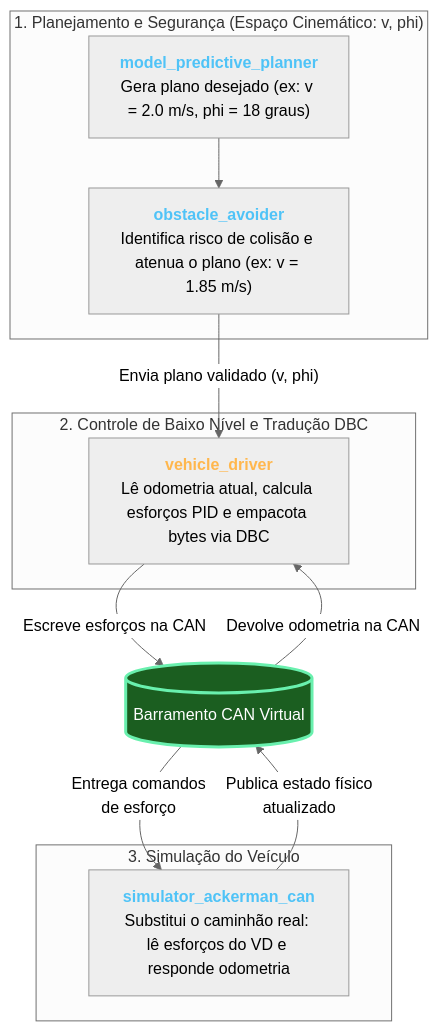
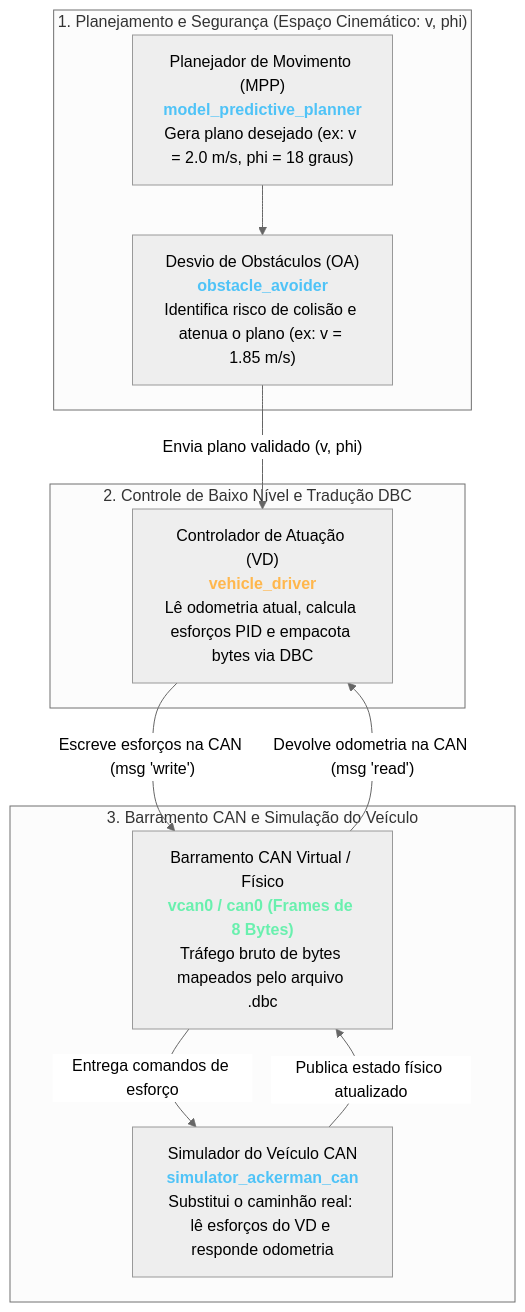
One commit to BrenoCSilva/lume changed the first of 2 diagrams in simulator_ackerman/docs/01_arquitetura_e_fluxo_geral.md. Above: the diagram before and after it, drawn with Mermaid (neutral theme). The commit also changed other lines of this file, not shown here.

````diff
--- a/simulator_ackerman/docs/01_arquitetura_e_fluxo_geral.md
+++ b/simulator_ackerman/docs/01_arquitetura_e_fluxo_geral.md
@@ -7,26 +7,22 @@
 ```mermaid
 flowchart TD
     subgraph AltoNivel ["1. Planejamento e Segurança (Espaço Cinemático: v, phi)"]
-        MPP["<b style='color:#4fc3f7'>model_predictive_planner</b><br/>Gera plano desejado (ex: v = 2.0 m/s, phi = 18 graus)"]
-        MPP --> OA["<b style='color:#4fc3f7'>obstacle_avoider</b><br/>Identifica risco de colisão e atenua o plano (ex: v = 1.85 m/s)"]
+        MPP["Planejador de Movimento (MPP)<br/><b style='color:#4fc3f7'>model_predictive_planner</b><br/>Gera plano desejado (ex: v = 2.0 m/s, phi = 18 graus)"]
+        MPP --> OA["Desvio de Obstáculos (OA)<br/><b style='color:#4fc3f7'>obstacle_avoider</b><br/>Identifica risco de colisão e atenua o plano (ex: v = 1.85 m/s)"]
     end
 
     OA -->|"Envia plano validado (v, phi)"| VD
 
     subgraph Controle ["2. Controle de Baixo Nível e Tradução DBC"]
-        VD["<b style='color:#ffb74d'>vehicle_driver</b><br/>Lê odometria atual, calcula esforços PID e empacota bytes via DBC"]
+        VD["Controlador de Atuação (VD)<br/><b style='color:#ffb74d'>vehicle_driver</b><br/>Lê odometria atual, calcula esforços PID e empacota bytes via DBC"]
     end
 
-    CAN_BUS[("Barramento CAN Virtual")]
+    VD -->|"Escreve esforços na CAN (msg 'write')"| CAN_BUS
+    CAN_BUS -->|"Devolve odometria na CAN (msg 'read')"| VD
 
-    subgraph HardwareOuSim ["3. Simulação do Veículo"]
-        SIM["<b style='color:#4fc3f7'>simulator_ackerman_can</b><br/>Substitui o caminhão real: lê esforços do VD e responde odometria"]
+    subgraph HardwareOuSim ["3. Barramento CAN e Simulação do Veículo"]
+        CAN_BUS["Barramento CAN Virtual / Físico<br/><b style='color:#69f0ae'>vcan0 / can0 (Frames de 8 Bytes)</b><br/>Tráfego bruto de bytes mapeados pelo arquivo .dbc"]
+        CAN_BUS -->|"Entrega comandos de esforço"| SIM["Simulador do Veículo CAN<br/><b style='color:#4fc3f7'>simulator_ackerman_can</b><br/>Substitui o caminhão real: lê esforços do VD e responde odometria"]
+        SIM -->|"Publica estado físico atualizado"| CAN_BUS
     end
-
-    VD -->|"Escreve esforços na CAN<br/>"| CAN_BUS
-    CAN_BUS -->|"Devolve odometria na CAN<br/>"| VD
-    CAN_BUS -->|"Entrega comandos <br/>de esforço<br/>"| SIM
-    SIM -->|"Publica estado físico <br/>atualizado<br/>"| CAN_BUS
-
-    style CAN_BUS fill:#1b5e20,stroke:#69f0ae,stroke-width:3px,color:#ffffff
 ```
````
